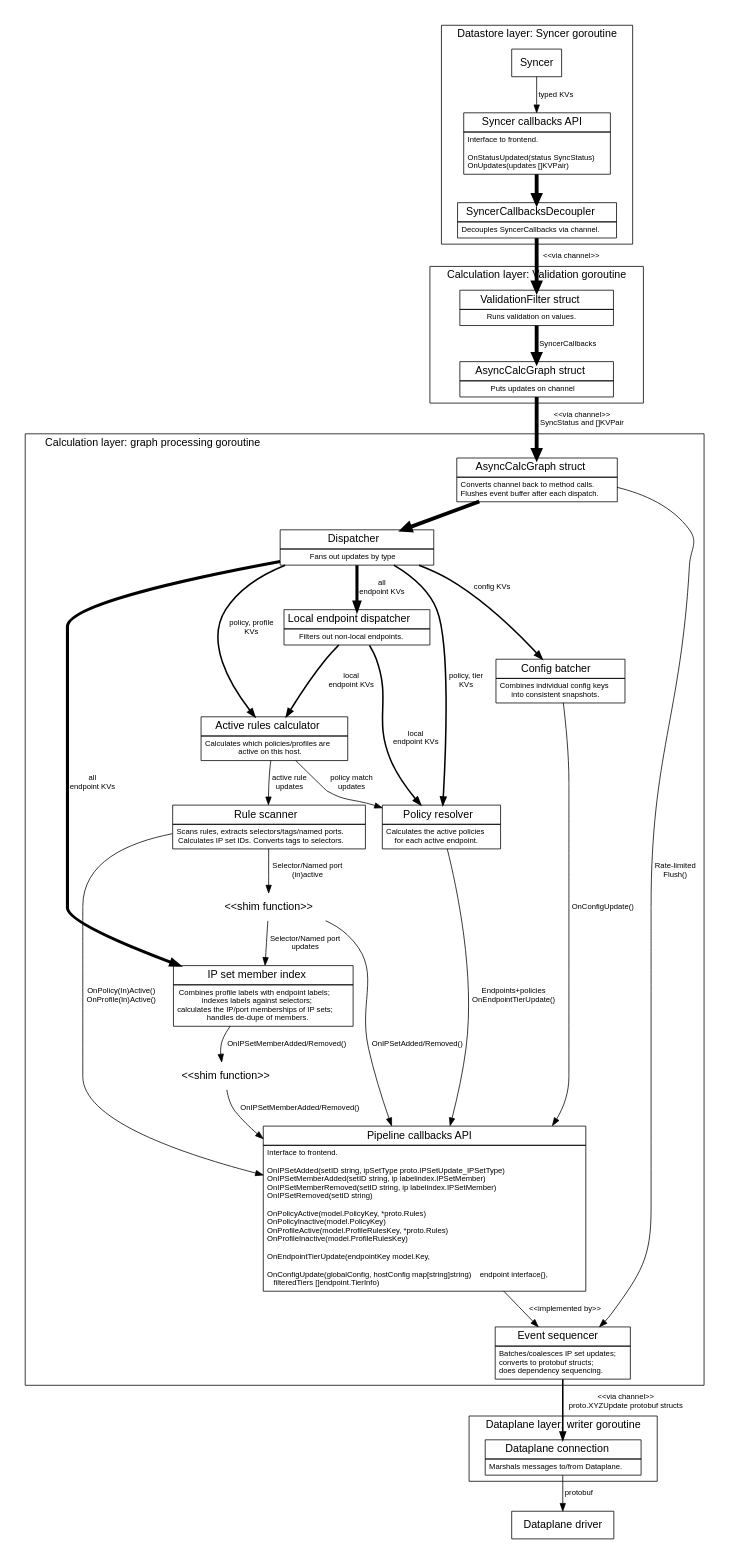
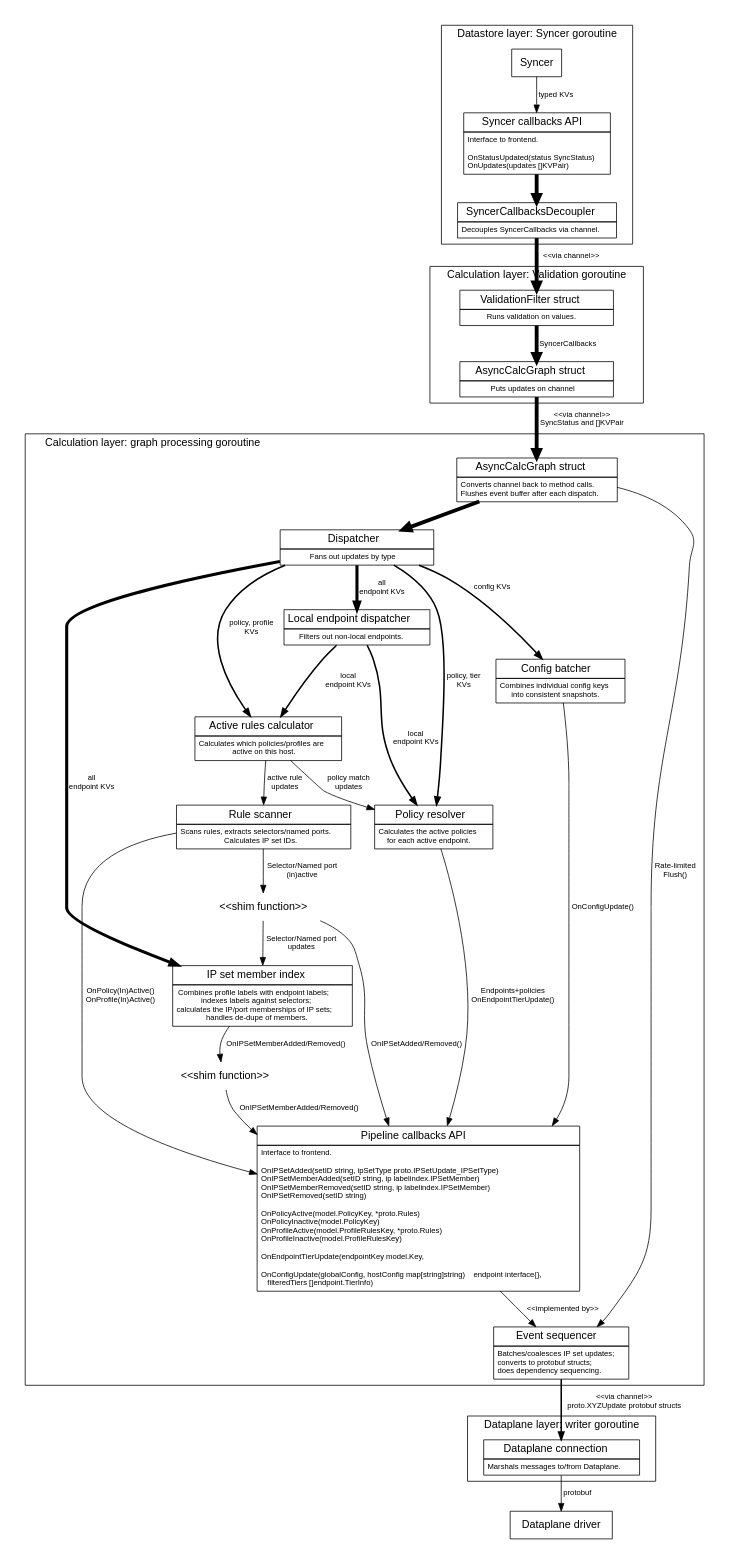
The diagram in felix/docs/calc.dot (projectcalico/calico), drawn with Graphviz before and after one commit. The commit also changed 17 other files, not shown here.

```diff
--- a/felix/docs/calc.dot
+++ b/felix/docs/calc.dot
@@ -1,174 +1,174 @@
 digraph G {
 size="7.5,10"
 labeljust="l"
 fontname=Helvetica;
 node [fontname=Helvetica]
 edge [fontname=Helvetica,fontsize=10]
 
     subgraph cluster0 {
     label="Datastore layer: Syncer goroutine";
 
         Syncer [shape=box]
 
         Syncer -> SyncerCallbacks [label="typed KVs"]
 
         SyncerCallbacks [label=<<table BORDER="0" CELLBORDER="1" CELLSPACING="0" CELLPADDING="4">
           <tr><td><font point-size="14">Syncer callbacks API</font></td></tr>
           <tr><td align="left"><font point-size="10">Interface to frontend.<BR ALIGN="LEFT"/>
 <BR ALIGN="LEFT"/>
 OnStatusUpdated(status SyncStatus)<BR ALIGN="LEFT"/>
 OnUpdates(updates []KVPair)<BR ALIGN="LEFT"/>
 </font></td></tr>
         </table>>, shape=none, margin=0];
 
         SyncerCallbacks -> SyncerCallbacksDecoupler [penwidth=5];
 
         SyncerCallbacksDecoupler [label=<<table BORDER="0" CELLBORDER="1" CELLSPACING="0" CELLPADDING="4">
           <tr><td><font point-size="14">SyncerCallbacksDecoupler</font></td></tr>
           <tr><td><font point-size="10">Decouples SyncerCallbacks via channel.</font></td></tr>
         </table>>, shape=none, margin=0];
     }
 
     subgraph cluster1 {
     label="Calculation layer: Validation goroutine";
         SyncerCallbacksDecoupler -> ValidationFilter [label="<<via channel>>" penwidth=5];
         ValidationFilter [label=<<table BORDER="0" CELLBORDER="1" CELLSPACING="0" CELLPADDING="4">
           <tr><td WIDTH="200"><font point-size="14" >ValidationFilter struct</font></td></tr>
           <tr><td><font point-size="10">Runs validation on values.</font></td></tr>
         </table>>, shape=none, margin=0]
         ValidationFilter -> AsyncCalcGraph [label="SyncerCallbacks", penwidth=5]
     }
 
     AsyncCalcGraph [label=<<table BORDER="0" CELLBORDER="1" CELLSPACING="0" CELLPADDING="4">
       <tr><td WIDTH="200"><font point-size="14" >AsyncCalcGraph struct</font></td></tr>
       <tr><td><font point-size="10">Puts updates on channel</font></td></tr>
     </table>>, shape=none, margin=0]
     AsyncCalcGraph -> AsyncCalcGraph2 [label="<<via channel>>\nSyncStatus and []KVPair", penwidth=5]
 
     subgraph cluster2 {
     label="Calculation layer: graph processing goroutine";
 
         AsyncCalcGraph2 [label=<<table BORDER="0" CELLBORDER="1" CELLSPACING="0" CELLPADDING="4">
           <tr><td WIDTH="200"><font point-size="14" >AsyncCalcGraph struct</font></td></tr>
           <tr><td><font point-size="10">Converts channel back to method calls.<BR ALIGN="LEFT"/>Flushes event buffer after each dispatch.</font></td></tr>
         </table>>, shape=none, margin=0]
         AsyncCalcGraph2 -> Dispatcher [penwidth=5]
         AsyncCalcGraph2 -> EventBuffer [label="Rate-limited\nFlush()"]
 
         subgraph {
             /* Put some padding either side of the Dispatcher. */
             rank=same; nodepadding1; Dispatcher; nodepadding2;
             nodepadding1 [style=invisible,fixedsize=true,width=4]
             nodepadding2 [style=invisible,fixedsize=true,width=4]
             nodepadding1 -> Dispatcher [style=invis];
             Dispatcher -> nodepadding2 [style=invis];
         }
 
         Dispatcher [label=<<table BORDER="0" CELLBORDER="1" CELLSPACING="0" CELLPADDING="4">
           <tr><td WIDTH="200"><font point-size="14" >Dispatcher</font></td></tr>
           <tr><td><font point-size="10">Fans out updates by type</font></td></tr>
         </table>>, shape=none, margin=0]
         Dispatcher -> PolicyResolver [label="policy, tier\nKVs", penwidth=2]
         Dispatcher -> ActiveRulesCalc [label="policy, profile\nKVs", penwidth=2]
 
         Dispatcher -> LocalDispatcher [label="all\nendpoint KVs", penwidth=4];
         Dispatcher -> MemberCalc [label="all\nendpoint KVs", penwidth=4];
         Dispatcher -> ConfigBatcher [label="config KVs", penwidth=2];
 
 
         LocalDispatcher [label=<<table BORDER="0" CELLBORDER="1" CELLSPACING="0" CELLPADDING="4">
           <tr><td><font point-size="14">Local endpoint dispatcher</font></td></tr>
           <tr><td><font point-size="10">Filters out non-local endpoints.</font></td></tr>
         </table>>, shape=none, margin=0]
         LocalDispatcher -> ActiveRulesCalc [label="local\nendpoint KVs", penwidth=2];
         LocalDispatcher -> PolicyResolver [label="local\nendpoint KVs", penwidth=2]
 
         ConfigBatcher [label=<<table BORDER="0" CELLBORDER="1" CELLSPACING="0" CELLPADDING="4">
           <tr><td><font point-size="14">Config batcher</font></td></tr>
           <tr><td><font point-size="10">Combines individual config keys<BR ALIGN="LEFT"
                   />into consistent snapshots.</font></td></tr>
         </table>>, shape=none, margin=0]
         ConfigBatcher -> PipelineCallbacks [label="OnConfigUpdate()"]
 
         ActiveRulesCalc [label=<<table BORDER="0" CELLBORDER="1" CELLSPACING="0" CELLPADDING="4">
           <tr><td><font point-size="14">Active rules calculator</font></td></tr>
           <tr><td><font point-size="10">Calculates which policies/profiles are<br/>active on this host.</font></td></tr>
         </table>>, shape=none, margin=0];
         ActiveRulesCalc -> RuleScanner [label="active rule\nupdates"];
         ActiveRulesCalc -> PolicyResolver [label="policy match\nupdates"];
 
         "<<shim function>>" [shape=none]
 
         RuleScanner [label=<<table BORDER="0" CELLBORDER="1" CELLSPACING="0" CELLPADDING="4">
           <tr><td><font point-size="14">Rule scanner</font></td></tr>
-          <tr><td><font point-size="10">Scans rules, extracts selectors/tags/named ports.<br/>Calculates IP set IDs. Converts tags to selectors.</font></td></tr>
+          <tr><td><font point-size="10">Scans rules, extracts selectors/named ports.<br/>Calculates IP set IDs.</font></td></tr>
         </table>>, shape=none, margin=0];
 
         PolicyResolver [label=<<table BORDER="0" CELLBORDER="1" CELLSPACING="0" CELLPADDING="4">
           <tr><td><font point-size="14">Policy resolver</font></td></tr>
           <tr><td><font point-size="10">Calculates the active policies<br/>for each active endpoint.</font></td></tr>
         </table>>, shape=none, margin=0];
 
 
         MemberCalc [label=<<table BORDER="0" CELLBORDER="1" CELLSPACING="0" CELLPADDING="4">
           <tr><td><font point-size="14">IP set member index</font></td></tr>
           <tr><td><font point-size="10">Combines profile labels with endpoint labels;<br/>indexes labels against selectors;<br/>calculates the IP/port memberships of IP sets;<br/>handles de-dupe of members.</font></td></tr>
         </table>>, shape=none, margin=0];
 
 
         RuleScanner -> PipelineCallbacks [label="OnPolicy(In)Active()\nOnProfile(In)Active()"];
 
         RuleScannerShim [label="<<shim function>>", shape=none]
 
         RuleScanner -> RuleScannerShim [label="Selector/Named port\n(in)active"];
 
         RuleScannerShim -> MemberCalc [label="Selector/Named port\nupdates"]
         RuleScannerShim -> PipelineCallbacks [label="OnIPSetAdded/Removed()"];
 
         MemberCalc -> "<<shim function>>" [label="OnIPSetMemberAdded/Removed()"];
         "<<shim function>>" -> PipelineCallbacks [label="OnIPSetMemberAdded/Removed()"];
         PolicyResolver -> PipelineCallbacks [label="Endpoints+policies\nOnEndpointTierUpdate()"];
 
         PipelineCallbacks [label=<<table BORDER="0" CELLBORDER="1" CELLSPACING="0" CELLPADDING="4">
           <tr><td><font point-size="14">Pipeline callbacks API</font></td></tr>
           <tr><td align="left"><font point-size="10">Interface to frontend.<BR ALIGN="LEFT"/>
 <BR ALIGN="LEFT"/>
 OnIPSetAdded(setID string, ipSetType proto.IPSetUpdate_IPSetType)<BR ALIGN="LEFT"/>
 OnIPSetMemberAdded(setID string, ip labelindex.IPSetMember)<BR ALIGN="LEFT"/>
 OnIPSetMemberRemoved(setID string, ip labelindex.IPSetMember)<BR ALIGN="LEFT"/>
 OnIPSetRemoved(setID string)<BR ALIGN="LEFT"/>
 <BR ALIGN="LEFT"/>
 OnPolicyActive(model.PolicyKey, *proto.Rules)<BR ALIGN="LEFT"/>
 OnPolicyInactive(model.PolicyKey)<BR ALIGN="LEFT"/>
 OnProfileActive(model.ProfileRulesKey, *proto.Rules)<BR ALIGN="LEFT"/>
 OnProfileInactive(model.ProfileRulesKey)<BR ALIGN="LEFT"/>
 <BR ALIGN="LEFT"/>
 OnEndpointTierUpdate(endpointKey model.Key,<BR ALIGN="LEFT"/>
 <BR ALIGN="LEFT"/>
 OnConfigUpdate(globalConfig, hostConfig map[string]string)
     endpoint interface{},<BR ALIGN="LEFT"/>
     filteredTiers []endpoint.TierInfo)<BR ALIGN="LEFT"/>
 </font></td></tr>
         </table>>, shape=none, margin=0];
 
         PipelineCallbacks -> EventBuffer [label="<<implemented by>>"]
 
         EventBuffer [label=<<table BORDER="0" CELLBORDER="1" CELLSPACING="0" CELLPADDING="4">
           <tr><td><font point-size="14">Event sequencer</font></td></tr>
           <tr><td><font point-size="10">Batches/coalesces IP set updates;<BR ALIGN="LEFT"/>converts to protobuf structs;<BR ALIGN="LEFT"/>does dependency sequencing.<BR ALIGN="LEFT"/></font></td></tr>
         </table>>, shape=none, margin=0];
     }
 
     subgraph cluster3 {
     label="Dataplane layer: writer goroutine";
         DataplaneConnection [label=<<table BORDER="0" CELLBORDER="1" CELLSPACING="0" CELLPADDING="4">
           <tr><td><font point-size="14">Dataplane connection</font></td></tr>
           <tr><td><font point-size="10">Marshals messages to/from Dataplane.</font></td></tr>
         </table>>, shape=none, margin=0];
     }
 
 
     EventBuffer -> DataplaneConnection [label="<<via channel>>\nproto.XYZUpdate protobuf structs", penwidth=2]
     DataplaneConnection -> Dataplane [label="protobuf"];
     Dataplane [shape=box, label="Dataplane driver"];
 }
```
